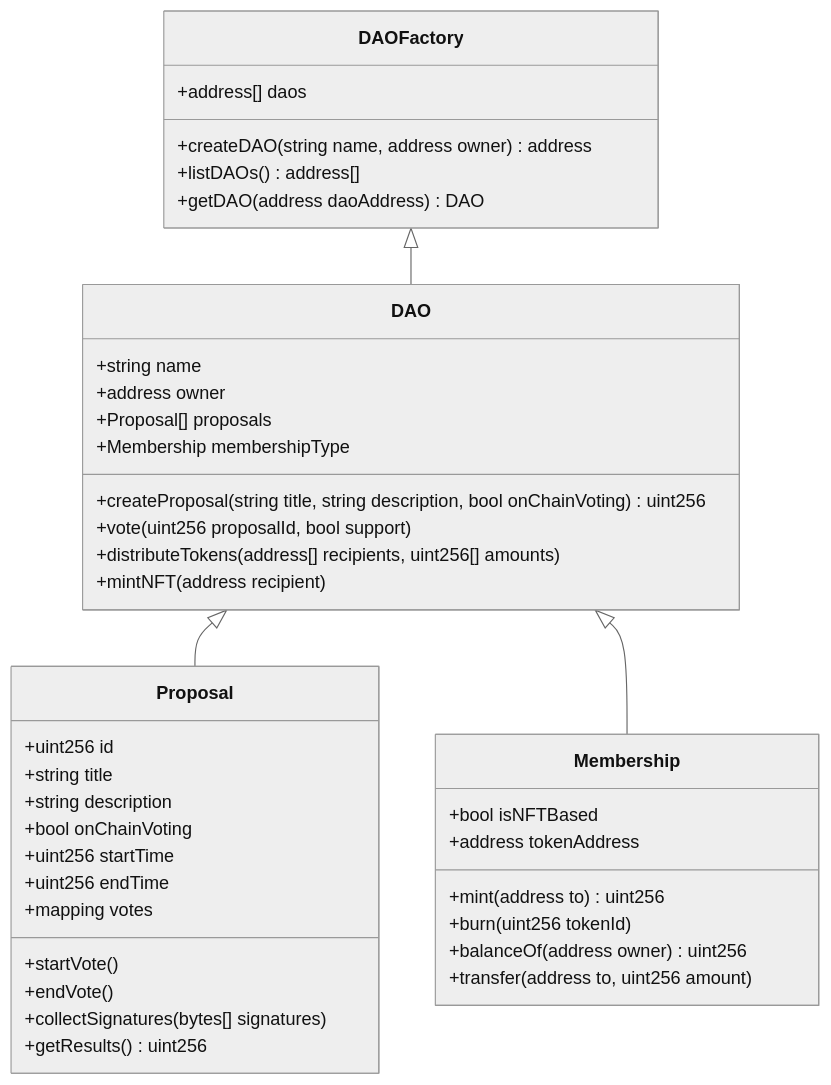
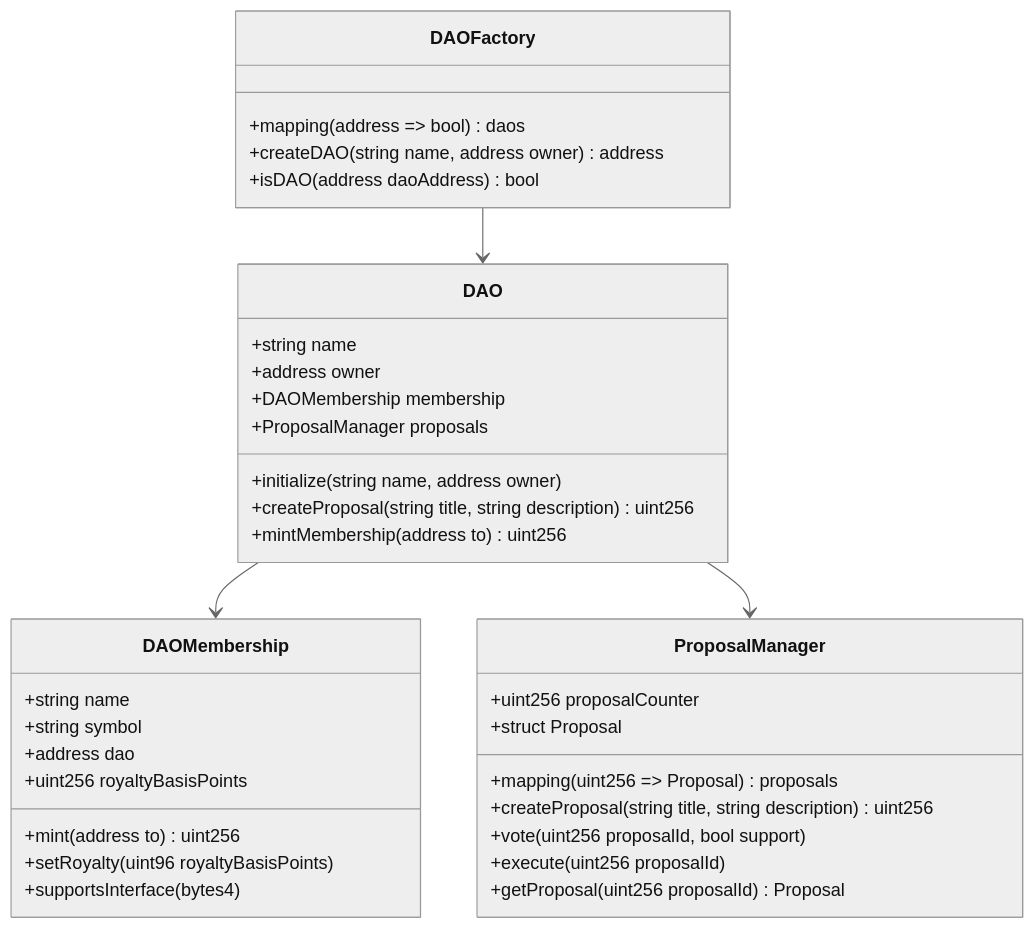
Before and after one commit to Delioos/BallotBlock: the diagram in docs/contracts-achitecture.md, drawn with Mermaid (neutral theme).

Commit message:
feat: rework architecture for gas optmizations

````diff
--- a/docs/contracts-achitecture.md
+++ b/docs/contracts-achitecture.md
@@ -1,47 +1,42 @@
 ```mermaid
 classDiagram
-    DAOFactory <|-- DAO
-    DAO <|-- Proposal
-    DAO <|-- Membership
+    DAOFactory --> DAO
+    DAO --> DAOMembership
+    DAO --> ProposalManager
 
     class DAOFactory {
-        +address[] daos
+        +mapping(address => bool) daos
         +createDAO(string name, address owner) address
-        +listDAOs() address[]
-        +getDAO(address daoAddress) DAO
+        +isDAO(address daoAddress) bool
     }
     
     class DAO {
         +string name
         +address owner
-        +Proposal[] proposals
-        +Membership membershipType
-        +createProposal(string title, string description, bool onChainVoting) uint256
-        +vote(uint256 proposalId, bool support)
-        +distributeTokens(address[] recipients, uint256[] amounts)
-        +mintNFT(address recipient)
+        +DAOMembership membership
+        +ProposalManager proposals
+        +initialize(string name, address owner)
+        +createProposal(string title, string description) uint256
+        +mintMembership(address to) uint256
     }
     
-    class Proposal {
-        +uint256 id
-        +string title
-        +string description
-        +bool onChainVoting
-        +uint256 startTime
-        +uint256 endTime
-        +mapping votes
-        +startVote()
-        +endVote()
-        +collectSignatures(bytes[] signatures)
-        +getResults() uint256
+    class ProposalManager {
+        +mapping(uint256 => Proposal) proposals
+        +uint256 proposalCounter
+        +struct Proposal
+        +createProposal(string title, string description) uint256
+        +vote(uint256 proposalId, bool support)
+        +execute(uint256 proposalId)
+        +getProposal(uint256 proposalId) Proposal
     }
     
-    class Membership {
-        +bool isNFTBased
-        +address tokenAddress
+    class DAOMembership {
+        +string name
+        +string symbol
+        +address dao
+        +uint256 royaltyBasisPoints
         +mint(address to) uint256
-        +burn(uint256 tokenId)
-        +balanceOf(address owner) uint256
-        +transfer(address to, uint256 amount)
+        +setRoyalty(uint96 royaltyBasisPoints)
+        +supportsInterface(bytes4)
     }
 ```
````
